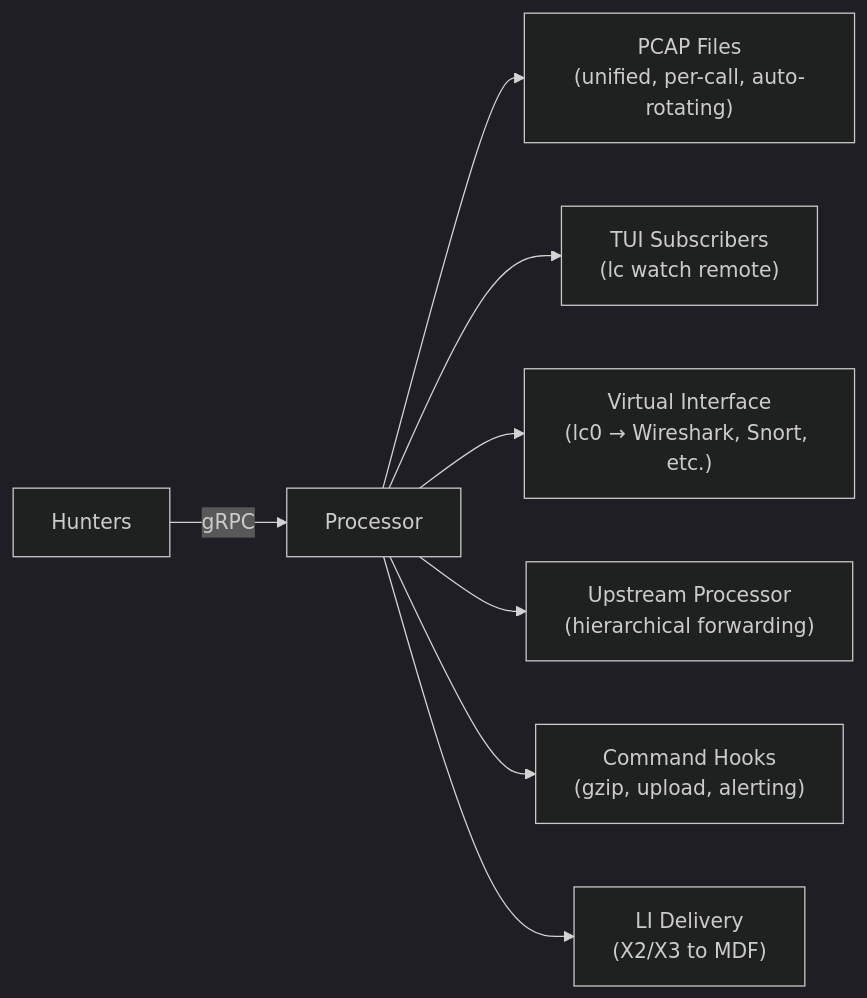
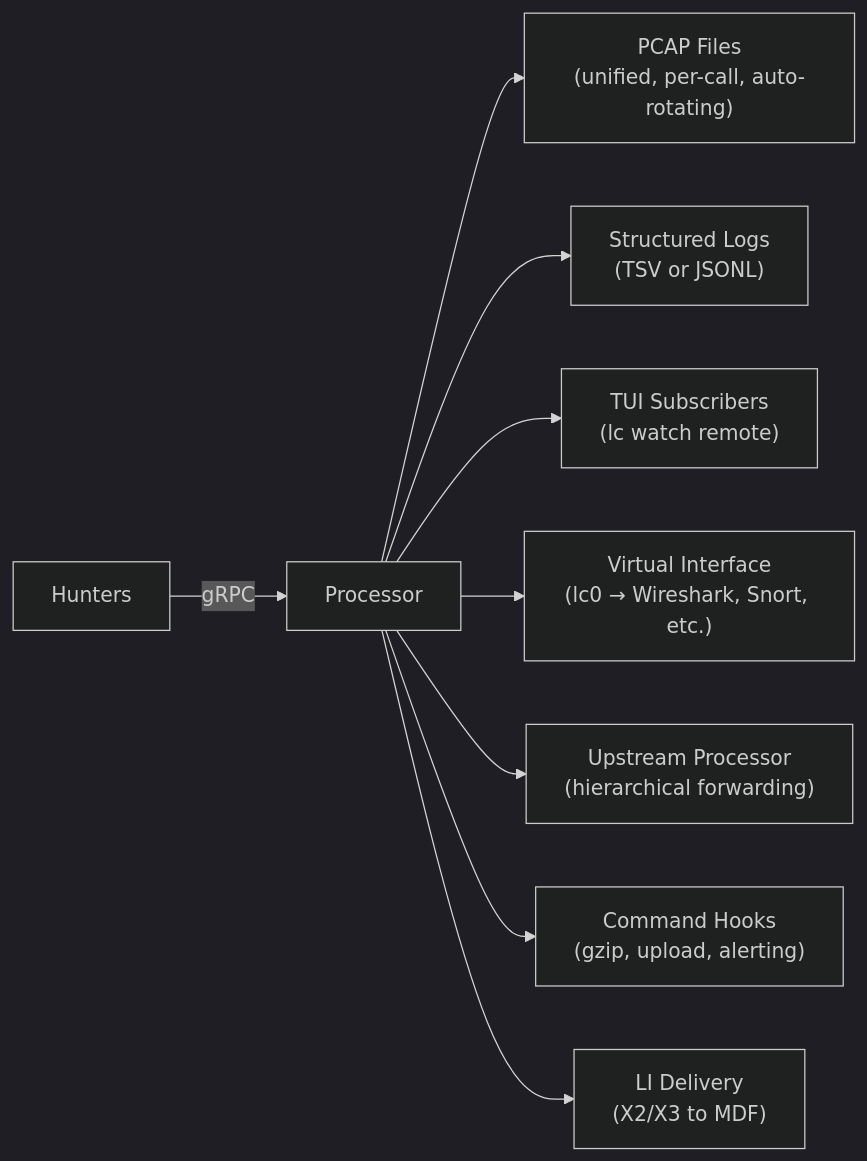
Before and after one commit to endorses/lippycat: the first of 2 diagrams in docs/manual/src/part3-distributed/process.md, drawn with Mermaid (dark theme). The commit also changed other lines of this file and 8 other files, not shown here.

Commit message:
docs: document structured protocol logs

````diff
--- a/docs/manual/src/part3-distributed/process.md
+++ b/docs/manual/src/part3-distributed/process.md
@@ -52,10 +52,11 @@
 ```mermaid
 flowchart LR
     Hunters -->|gRPC| P[Processor]
     P --> PCAP["PCAP Files<br/>(unified, per-call, auto-rotating)"]
+    P --> LOGS["Structured Logs<br/>(TSV or JSONL)"]
     P --> TUI["TUI Subscribers<br/>(lc watch remote)"]
     P --> VIF["Virtual Interface<br/>(lc0 → Wireshark, Snort, etc.)"]
     P --> UP["Upstream Processor<br/>(hierarchical forwarding)"]
     P --> Hooks["Command Hooks<br/>(gzip, upload, alerting)"]
     P --> LI["LI Delivery<br/>(X2/X3 to MDF)"]
 ```
````
